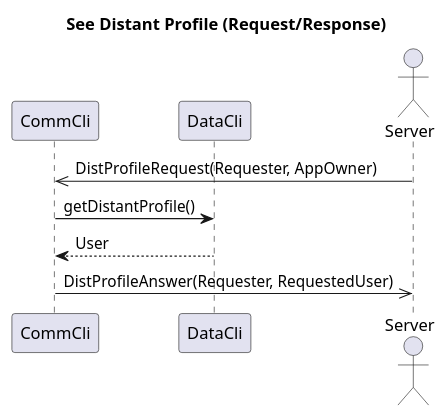
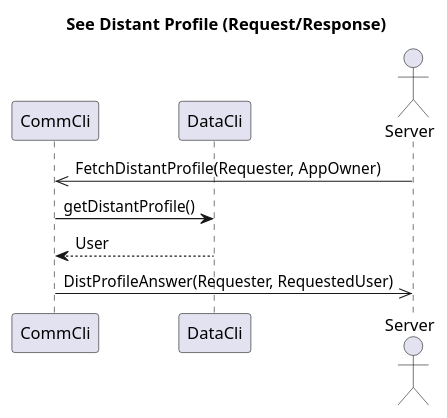
The diagram in diagrams/sequences/SeeProfile/GetDistantProfile.pu (moha-tah/kanban-project), drawn with PlantUML before and after one commit. The commit also changed 3 other files, not shown here.

Commit message:
chore(diagrams): add async distant profile flow and update related sequence diagrams

```diff
--- a/diagrams/sequences/SeeProfile/GetDistantProfile.pu
+++ b/diagrams/sequences/SeeProfile/GetDistantProfile.pu
@@ -1,19 +1,19 @@
 @startuml
 title See Distant Profile (Request/Response)
 
 participant "CommCli" as CommClient
 participant "DataCli" as DataClient
 actor Server as S
 
 
-S ->> CommClient : DistProfileRequest(Requester, AppOwner)
+S ->> CommClient : FetchDistantProfile(Requester, AppOwner)
 
 CommClient -> DataClient : getDistantProfile()
 
 DataClient --> CommClient : User
 
 CommClient ->> S : DistProfileAnswer(Requester, RequestedUser)
 
 
 
 @enduml 
```
